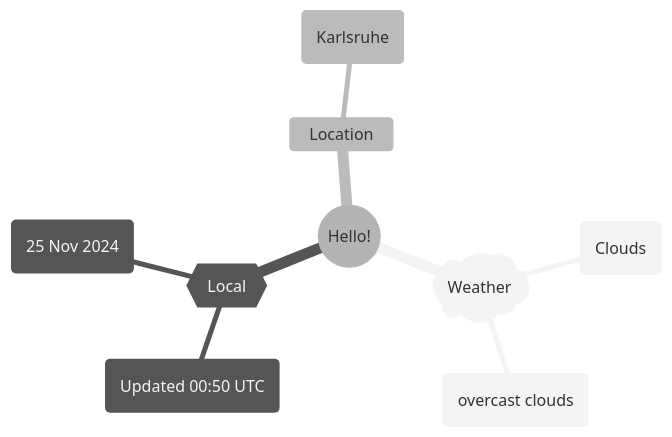
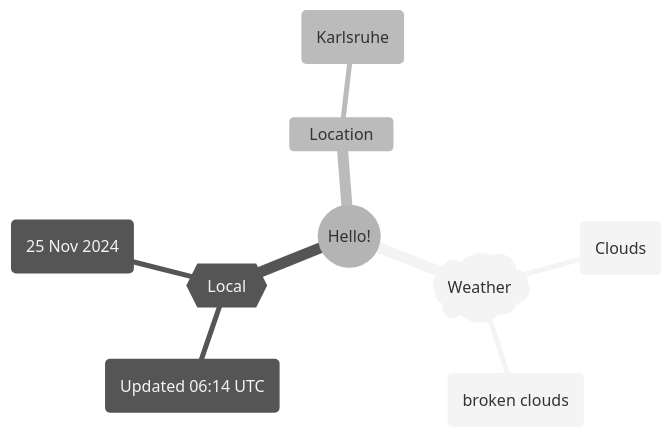
One commit to Xosrov/Xosrov changed the first of 2 diagrams in README.md. Above: the diagram before and after it, drawn with Mermaid (neutral theme).

Commit message:
[bot] updated images

````diff
--- a/README.md
+++ b/README.md
@@ -3,12 +3,12 @@
 ```mermaid
 mindmap
   root((Hello!))
     )Weather(
         (Clouds)
-        (overcast clouds)
+        (broken clouds)
     {{Local}}
-        (Updated 00:50 UTC)
+        (Updated 06:14 UTC)
         (25 Nov 2024)
     Location
         (Karlsruhe)
 ```
````
